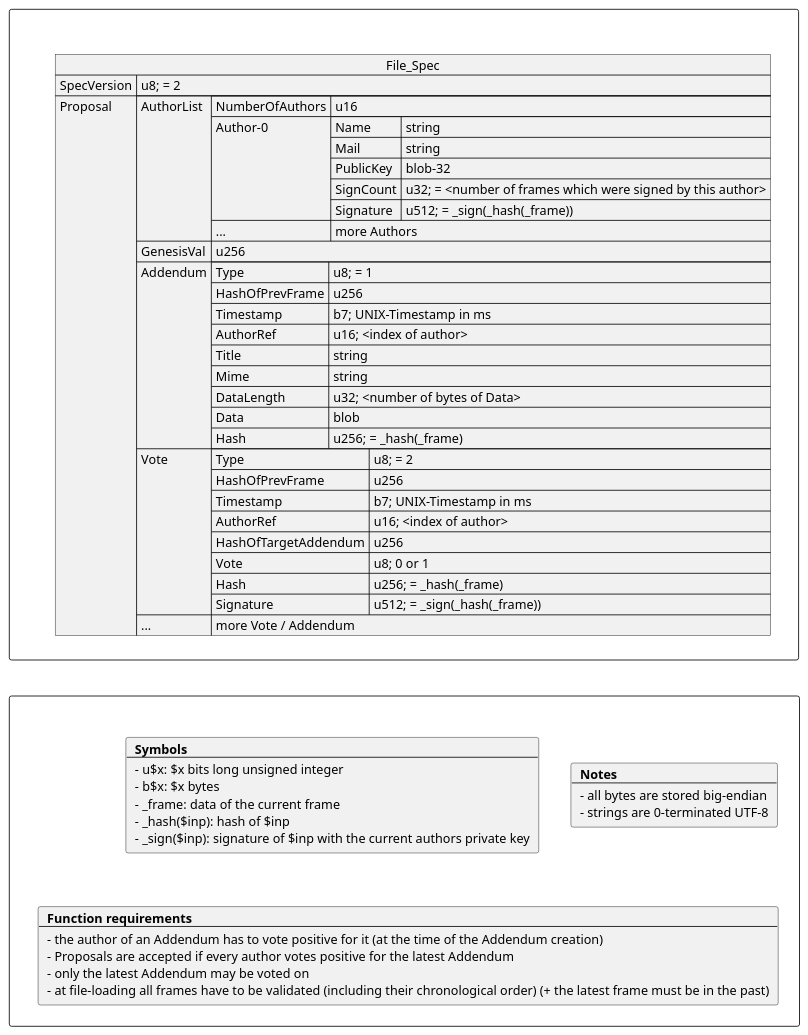
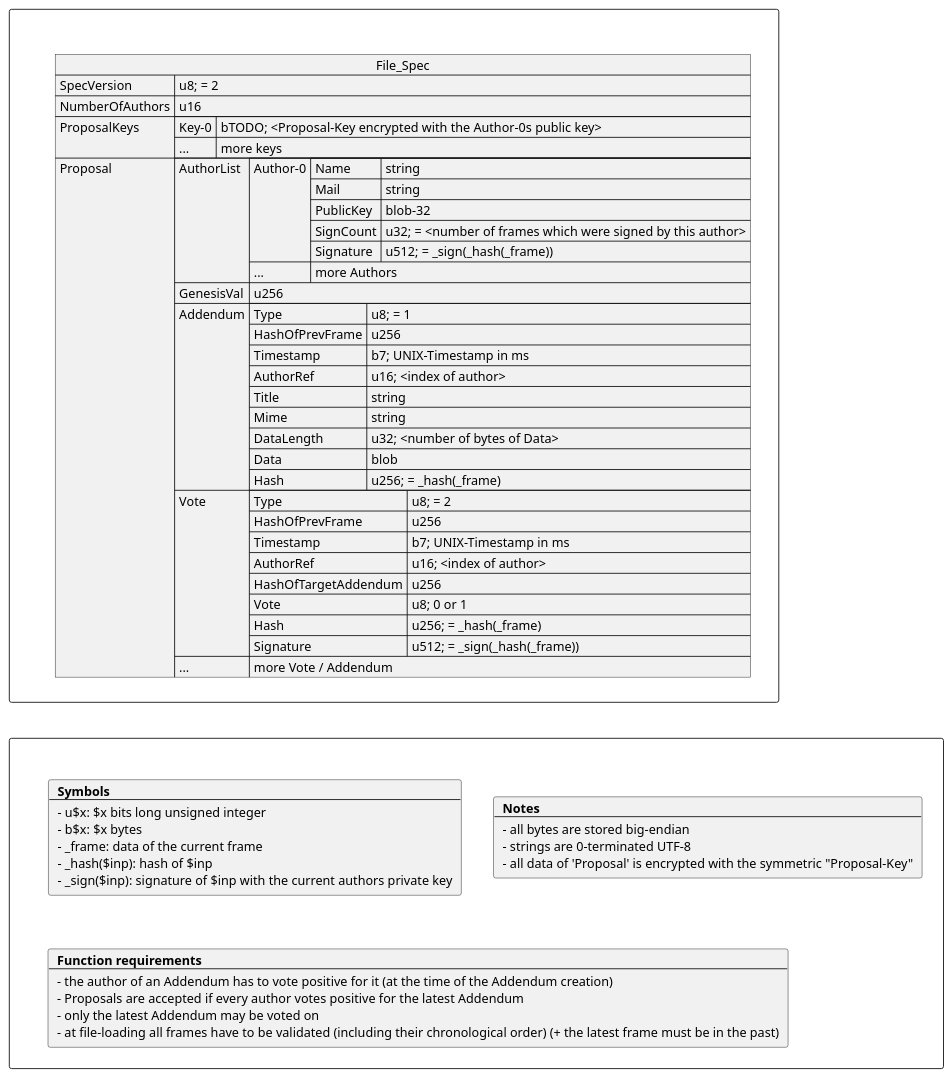
The diagram in misc/diagrams/File_Spec.puml (Max-F-Helm/Signage), drawn with PlantUML before and after one commit. The commit also changed 1 other file, not shown here.

```diff
--- a/misc/diagrams/File_Spec.puml
+++ b/misc/diagrams/File_Spec.puml
@@ -1,78 +1,86 @@
 @startuml
 
 skinparam linetype ortho
 
 rectangle " " as spec {
 json File_Spec {
-   "SpecVersion": "u8; = 2",
-   "Proposal": {
-    "AuthorList": {
-        "NumberOfAuthors": "u16",
-        "Author-0": {
-            "Name": "string",
-            "Mail": "string",
-            "PublicKey": "blob-32",
-            "SignCount": "u32; = <number of frames which were signed by this author>",
+    "SpecVersion": "u8; = 2",
+
+    "NumberOfAuthors": "u16",
+    "ProposalKeys": {
+        "Key-0": "bTODO; <Proposal-Key encrypted with the Author-0s public key>",
+        "...": "more keys"
+    },
+
+    "Proposal": {
+        "AuthorList": {
+            "Author-0": {
+                "Name": "string",
+                "Mail": "string",
+                "PublicKey": "blob-32",
+                "SignCount": "u32; = <number of frames which were signed by this author>",
+                "Signature": "u512; = _sign(_hash(_frame))"
+            },
+            "...": "more Authors"
+        },
+
+        "GenesisVal": "u256",
+
+        "Addendum": {
+            "Type": "u8; = 1",
+            "HashOfPrevFrame": "u256",
+            "Timestamp": "b7; UNIX-Timestamp in ms",
+            "AuthorRef": "u16; <index of author>",
+            "Title": "string",
+            "Mime": "string",
+            "DataLength": "u32; <number of bytes of Data>",
+            "Data": "blob",
+            "Hash": "u256; = _hash(_frame)"
+        },
+        "Vote": {
+            "Type": "u8; = 2",
+            "HashOfPrevFrame": "u256",
+            "Timestamp": "b7; UNIX-Timestamp in ms",
+            "AuthorRef": "u16; <index of author>",
+            "HashOfTargetAddendum": "u256",
+            "Vote": "u8; 0 or 1",
+            "Hash": "u256; = _hash(_frame)",
             "Signature": "u512; = _sign(_hash(_frame))"
         },
-        "...": "more Authors"
-     },
-    "GenesisVal": "u256",
-
-    "Addendum": {
-        "Type": "u8; = 1",
-        "HashOfPrevFrame": "u256",
-        "Timestamp": "b7; UNIX-Timestamp in ms",
-        "AuthorRef": "u16; <index of author>",
-        "Title": "string",
-        "Mime": "string",
-        "DataLength": "u32; <number of bytes of Data>",
-        "Data": "blob",
-        "Hash": "u256; = _hash(_frame)"
-    },
-    "Vote": {
-        "Type": "u8; = 2",
-        "HashOfPrevFrame": "u256",
-        "Timestamp": "b7; UNIX-Timestamp in ms",
-        "AuthorRef": "u16; <index of author>",
-        "HashOfTargetAddendum": "u256",
-        "Vote": "u8; 0 or 1",
-        "Hash": "u256; = _hash(_frame)",
-        "Signature": "u512; = _sign(_hash(_frame))"
-    },
-    "...": "more Vote / Addendum"
-   }
+        "...": "more Vote / Addendum"
+    }
 }
 }
 
 rectangle " " as notes {
 card symbols [
    <b>Symbols</b>
    --
    - u$x: $x bits long unsigned integer
    - b$x: $x bytes
    - _frame: data of the current frame
    - _hash($inp): hash of $inp
    - _sign($inp): signature of $inp with the current authors private key
 ]
 
 card notes [
     <b>Notes</b>
     --
     - all bytes are stored big-endian
     - strings are 0-terminated UTF-8
+    - all data of 'Proposal' is encrypted with the symmetric "Proposal-Key"
 ]
 
 card requirements [
     <b>Function requirements</b>
     --
     - the author of an Addendum has to vote positive for it (at the time of the Addendum creation)
     - Proposals are accepted if every author votes positive for the latest Addendum
     - only the latest Addendum may be voted on
     - at file-loading all frames have to be validated (including their chronological order) (+ the latest frame must be in the past)
 ]
 }
 
 spec --[hidden] notes
 
 @enduml
```
